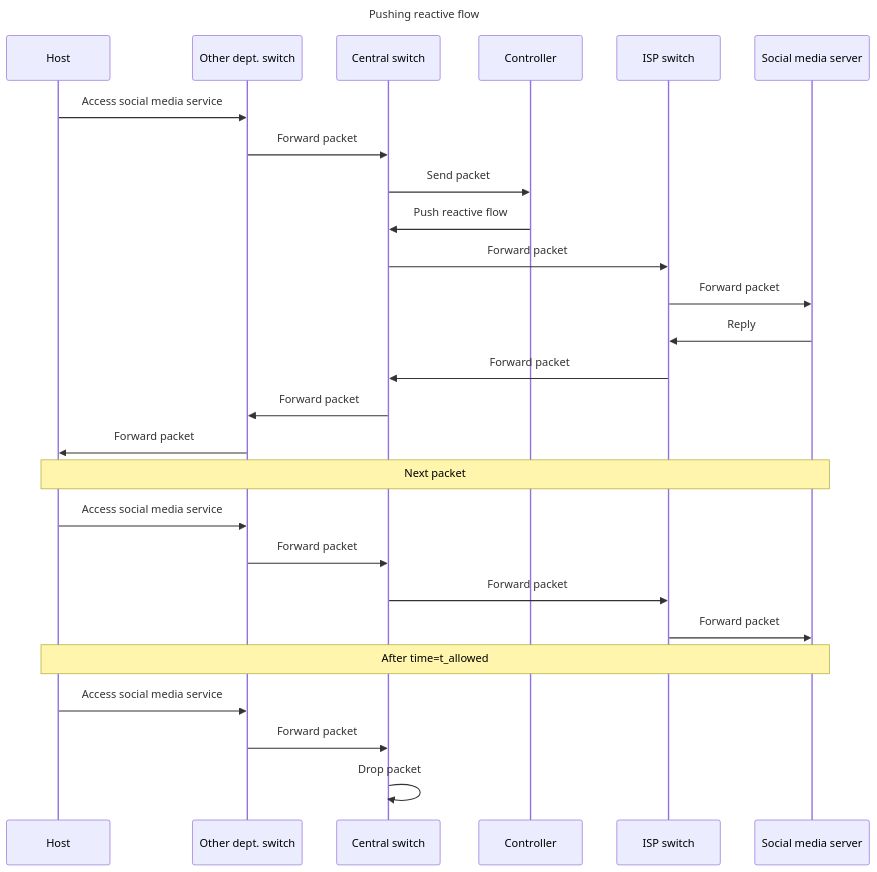
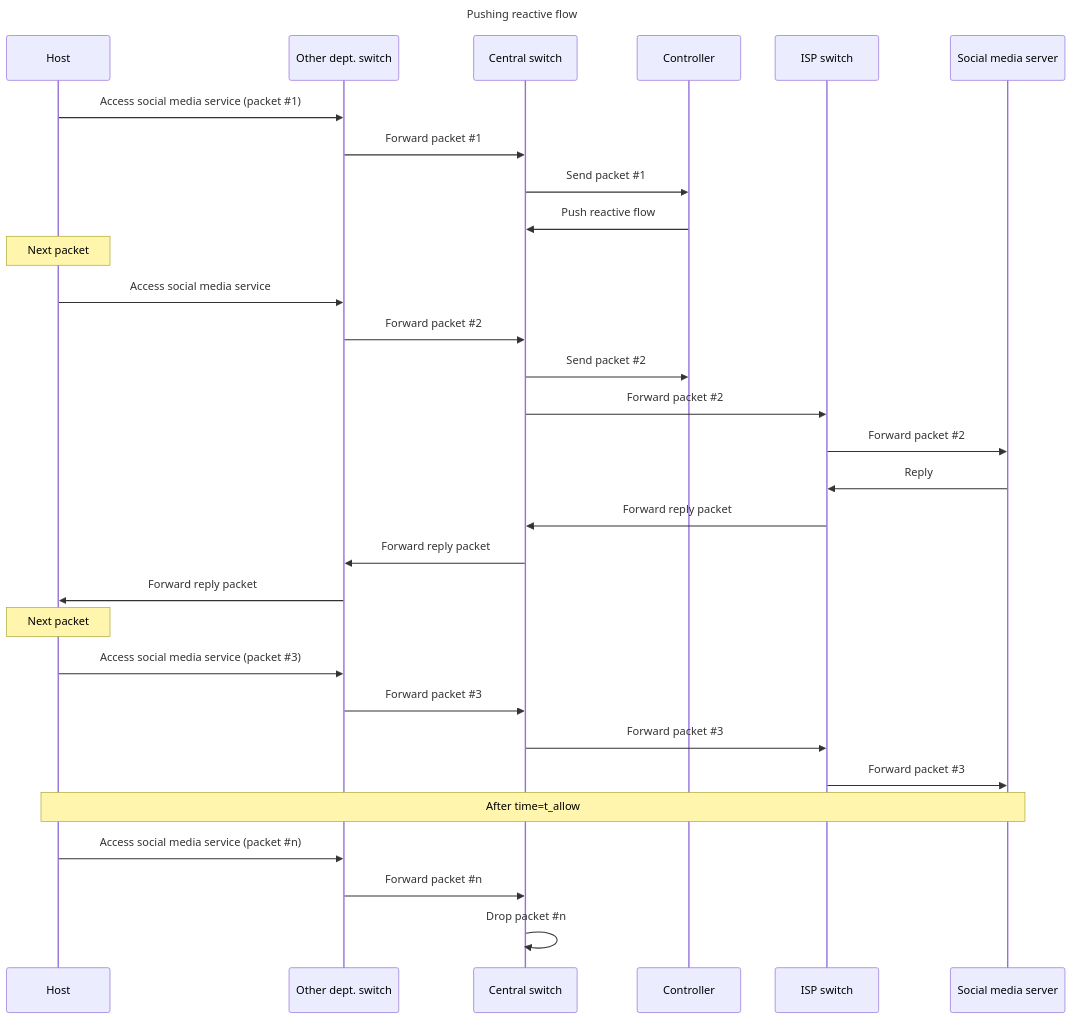
Before and after one commit to muhammadrefa/tele4642-project: the second of 2 diagrams in docs/TechnicalDetails.md, drawn with Mermaid. The commit also changed other lines of this file and 6 other files, not shown here.

````diff
--- a/docs/TechnicalDetails.md
+++ b/docs/TechnicalDetails.md
@@ -149,36 +149,42 @@
 ```mermaid
 sequenceDiagram
 
 title Pushing reactive flow
 
 participant h as Host
 participant swO as Other dept. switch
 participant swC as Central switch
 participant c as Controller
 participant isp as ISP switch
 participant svr as Social media server
 
-h->>swO: Access social media service
-swO->>swC: Forward packet
-swC->>c: Send packet
+h->>swO: Access social media service (packet #35;1)
+swO->>swC: Forward packet #35;1
+swC->>c: Send packet #35;1
 c->>swC: Push reactive flow
-swC->>isp: Forward packet
-isp->>svr: Forward packet
-svr->>isp: Reply
-isp->>swC: Forward packet
-swC->>swO: Forward packet
-swO->>h: Forward packet
 
-Note over h, svr: Next packet
+Note over h: Next packet
 
 h->>swO: Access social media service
-swO->>swC: Forward packet
-swC->>isp: Forward packet
-isp->>svr: Forward packet
+swO->>swC: Forward packet #35;2
+swC->>c: Send packet  #35;2
+swC->>isp: Forward packet #35;2
+isp->>svr: Forward packet #35;2
+svr->>isp: Reply
+isp->>swC: Forward reply packet
+swC->>swO: Forward reply packet
+swO->>h: Forward reply packet
 
-Note over h, svr: After time=t_allowed
+Note over h: Next packet
 
-h->>swO: Access social media service
-swO->>swC: Forward packet
-swC->>swC: Drop packet
+h->>swO: Access social media service (packet #35;3)
+swO->>swC: Forward packet #35;3
+swC->>isp: Forward packet #35;3
+isp->>svr: Forward packet #35;3
+
+Note over h, svr: After time=t_allow
+
+h->>swO: Access social media service (packet #35;n)
+swO->>swC: Forward packet #35;n
+swC->>swC: Drop packet #35;n
 ```
````
